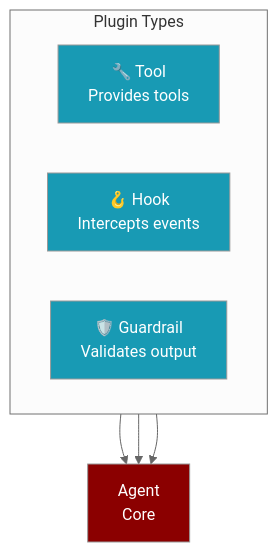
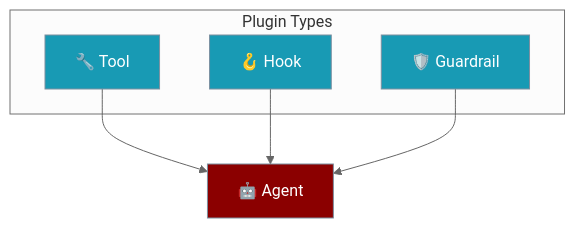
The first of 2 diagrams in docs/features/plugins.mdx (MervinPraison/PraisonAIDocs), drawn with Mermaid (neutral theme) before and after one commit. The commit also changed other lines of this file and 4 other files, not shown here.

````diff
--- a/docs/features/plugins.mdx
+++ b/docs/features/plugins.mdx
@@ -9,18 +23,18 @@
 ```mermaid
 graph TB
     subgraph "Plugin Types"
-        direction LR
-        TOOL["🔧 Tool<br/>Provides tools"]
-        HOOK["🪝 Hook<br/>Intercepts events"]
-        GUARDRAIL["🛡️ Guardrail<br/>Validates output"]
+        TOOL["🔧 Tool"]
+        HOOK["🪝 Hook"]
+        GUARD["🛡️ Guardrail"]
     end
-    
-    TOOL --> CORE["Agent<br/>Core"]
+
+    TOOL --> CORE["🤖 Agent"]
     HOOK --> CORE
-    GUARDRAIL --> CORE
-    
-    style TOOL fill:#189AB4,color:#fff
-    style HOOK fill:#189AB4,color:#fff
-    style GUARDRAIL fill:#189AB4,color:#fff
-    style CORE fill:#8B0000,color:#fff
+    GUARD --> CORE
+
+    classDef tool fill:#189AB4,stroke:#7C90A0,color:#fff
+    classDef agent fill:#8B0000,stroke:#7C90A0,color:#fff
+
+    class TOOL,HOOK,GUARD tool
+    class CORE agent
 ```
````
